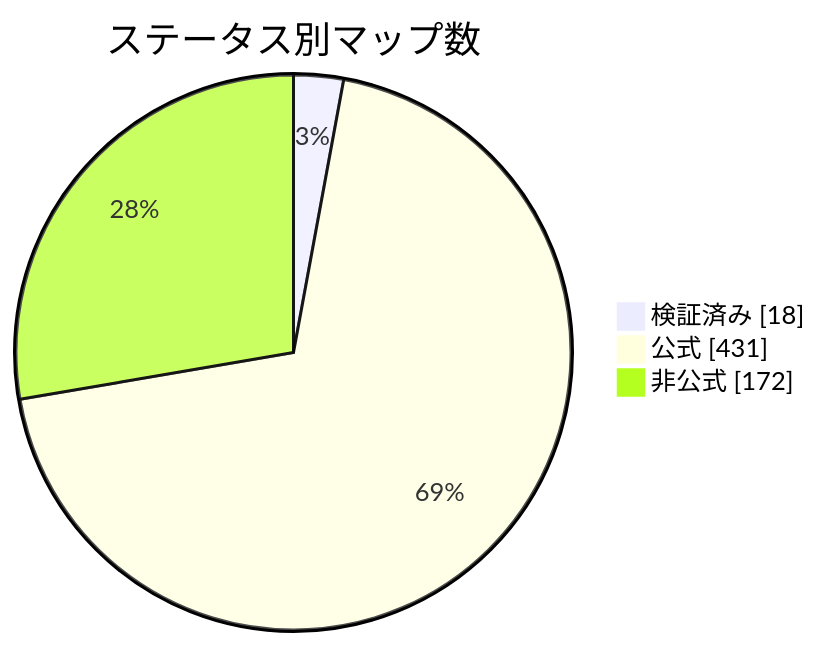
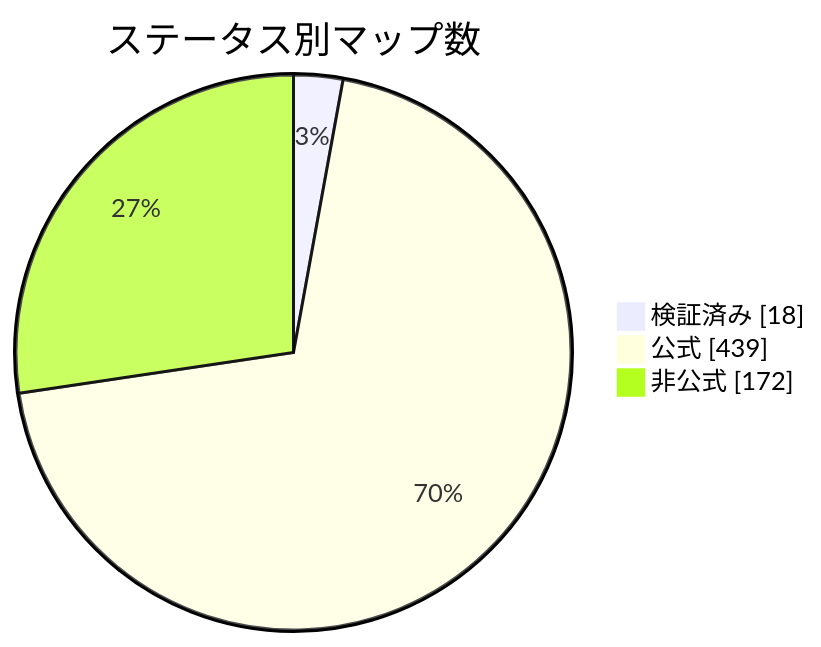
The diagram in docs/readme/README_JP.md (nobrega8/mbmap-library), drawn with Mermaid before and after one commit. The commit also changed 13 other files, not shown here.

````diff
--- a/docs/readme/README_JP.md
+++ b/docs/readme/README_JP.md
@@ -54,7 +54,7 @@
 ```mermaid
 pie showData
     title ステータス別マップ数
     "検証済み" : 18
-    "公式" : 431
+    "公式" : 439
     "非公式" : 172
 ```
````
